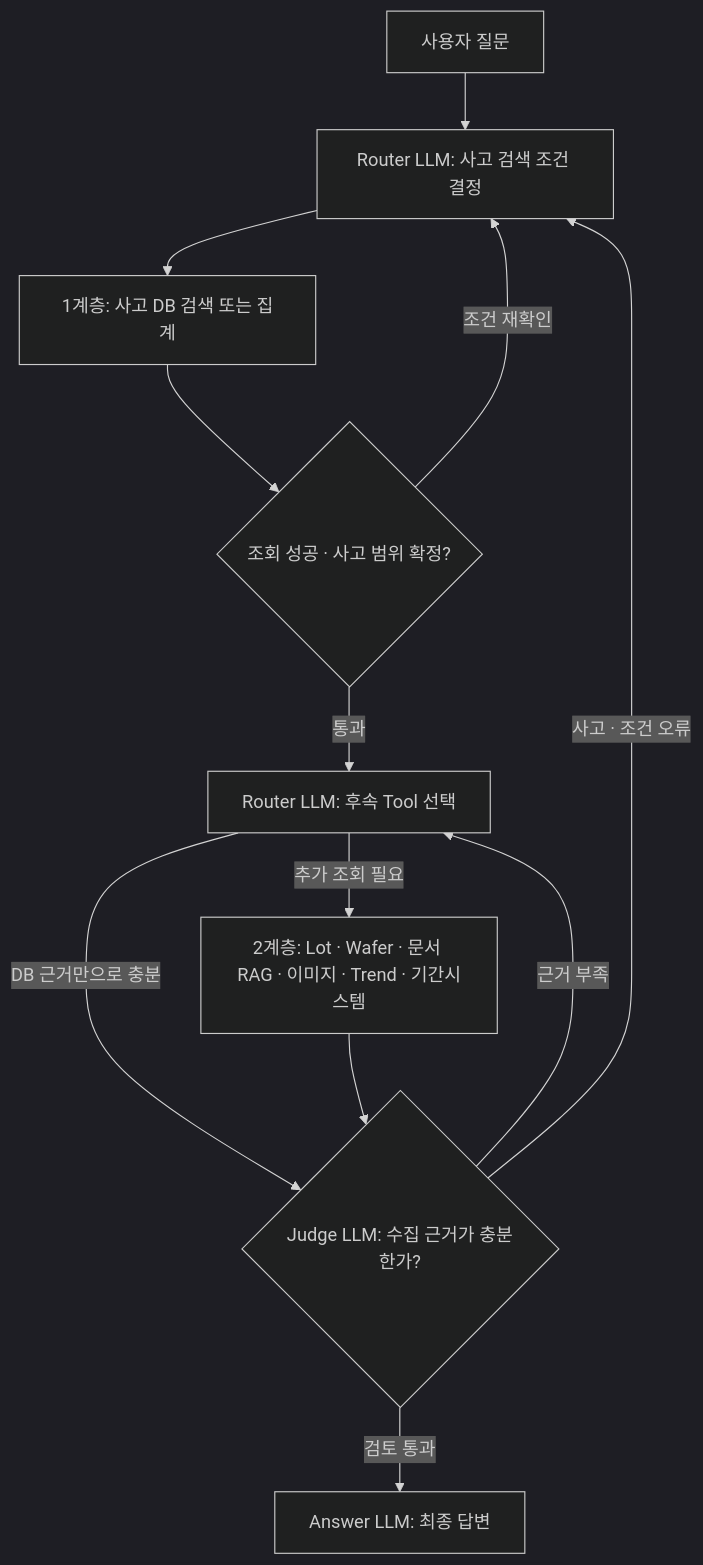
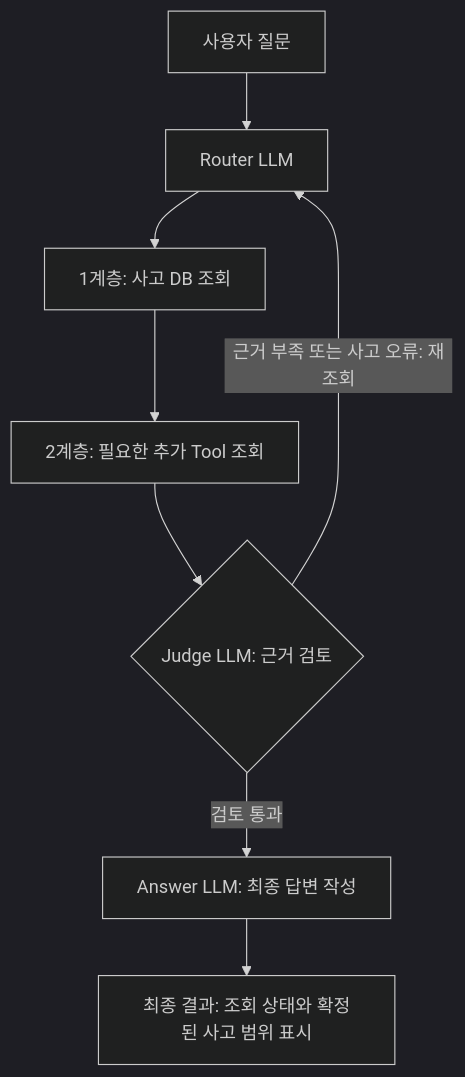
Before and after one commit to hogil/q-agent: the diagram in docs/current/ARCHITECTURE_AND_PLAN.md, drawn with Mermaid (dark theme). The commit also changed other lines of this file and 3 other files, not shown here.

Commit message:
docs: use one top-level Router and show final query status below Answer

````diff
--- a/docs/current/ARCHITECTURE_AND_PLAN.md
+++ b/docs/current/ARCHITECTURE_AND_PLAN.md
@@ -11,20 +11,14 @@
 ```mermaid
 flowchart TB
     Q["사용자 질문"]
-    R1["Router LLM: 사고 검색 조건 결정"]
-    DB["1계층: 사고 DB 검색 또는 집계"]
-    G{"조회 성공 · 사고 범위 확정?"}
-    R2["Router LLM: 후속 Tool 선택"]
-    T["2계층: Lot · Wafer · 문서 RAG · 이미지 · Trend · 기간시스템"]
-    J{"Judge LLM: 수집 근거가 충분한가?"}
-    A["Answer LLM: 최종 답변"]
-    Q --> R1 --> DB --> G
-    G -->|통과| R2
-    G -->|조건 재확인| R1
-    R2 -->|추가 조회 필요| T
-    R2 -->|DB 근거만으로 충분| J
-    T --> J
-    J -->|근거 부족| R2
-    J -->|사고 · 조건 오류| R1
+    R["Router LLM"]
+    DB["1계층: 사고 DB 조회"]
+    T["2계층: 필요한 추가 Tool 조회"]
+    J{"Judge LLM: 근거 검토"}
+    A["Answer LLM: 최종 답변 작성"]
+    F["최종 결과: 조회 상태와 확정된 사고 범위 표시"]
+    Q --> R --> DB --> T --> J
+    J -->|근거 부족 또는 사고 오류: 재조회| R
     J -->|검토 통과| A
+    A --> F
 ```
````
